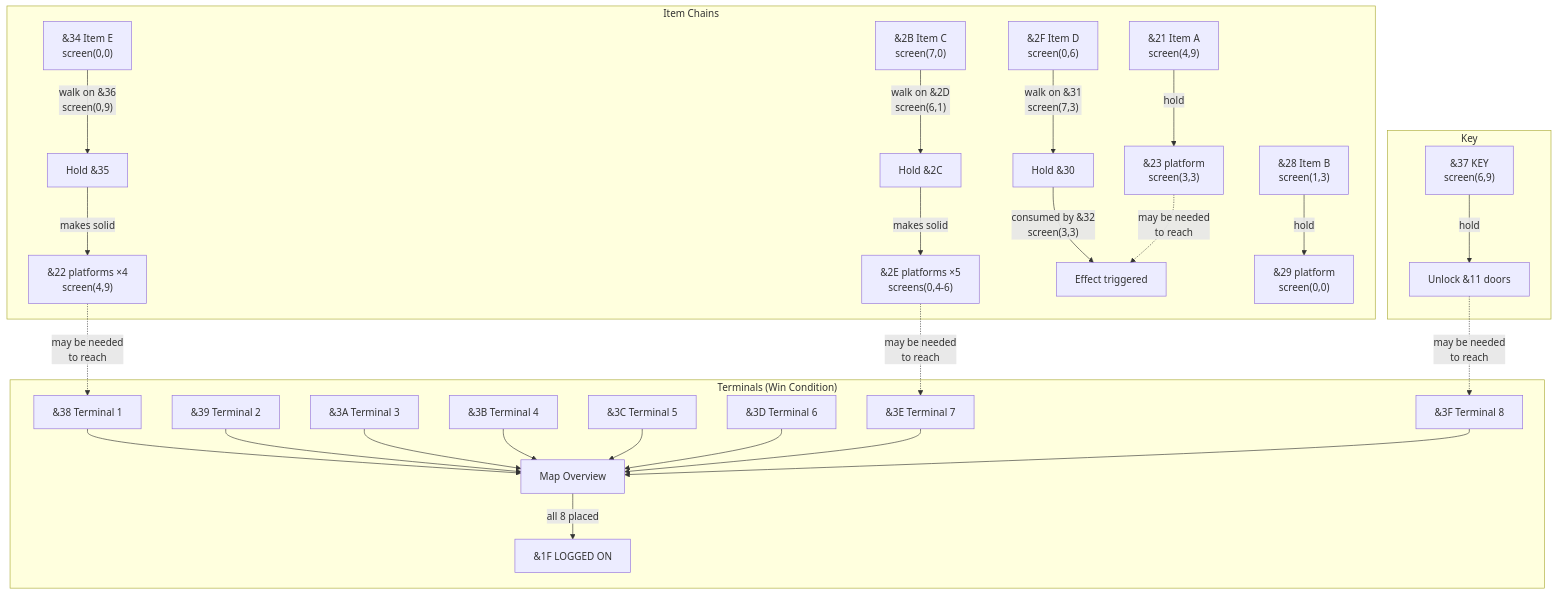
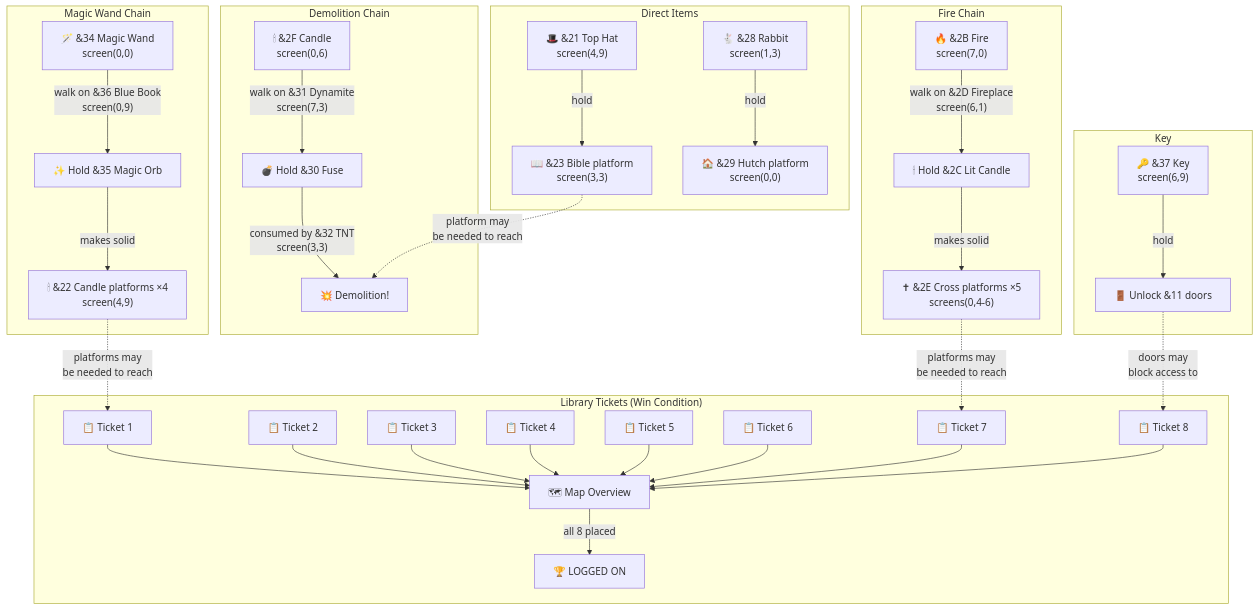
The diagram in LEVEL1_OBJECTS.md (mattgodbolt/frogman), drawn with Mermaid before and after one commit. The commit also changed other lines of this file and 2 other files, not shown here.

````diff
--- a/LEVEL1_OBJECTS.md
+++ b/LEVEL1_OBJECTS.md
@@ -125,44 +172,50 @@
 ```mermaid
 graph TD
-    subgraph "Item Chains"
-        E["&34 Item E<br/>screen(0,0)"]
-        E --> |"walk on &36<br/>screen(0,9)"| E35["Hold &35"]
-        E35 --> |"makes solid"| P22["&22 platforms ×4<br/>screen(4,9)"]
+    subgraph "Magic Wand Chain"
+        WAND["🪄 &34 Magic Wand<br/>screen(0,0)"]
+        WAND --> |"walk on &36 Blue Book<br/>screen(0,9)"| ORB["✨ Hold &35 Magic Orb"]
+        ORB --> |"makes solid"| CANDLES["🕯 &22 Candle platforms ×4<br/>screen(4,9)"]
+    end
 
-        C["&2B Item C<br/>screen(7,0)"]
-        C --> |"walk on &2D<br/>screen(6,1)"| C2C["Hold &2C"]
-        C2C --> |"makes solid"| P2E["&2E platforms ×5<br/>screens(0,4-6)"]
+    subgraph "Fire Chain"
+        FIRE["🔥 &2B Fire<br/>screen(7,0)"]
+        FIRE --> |"walk on &2D Fireplace<br/>screen(6,1)"| LITCANDLE["🕯 Hold &2C Lit Candle"]
+        LITCANDLE --> |"makes solid"| CROSSES["✝ &2E Cross platforms ×5<br/>screens(0,4-6)"]
+    end
 
-        D["&2F Item D<br/>screen(0,6)"]
-        D --> |"walk on &31<br/>screen(7,3)"| D30["Hold &30"]
-        D30 --> |"consumed by &32<br/>screen(3,3)"| DONE["Effect triggered"]
+    subgraph "Demolition Chain"
+        CANDLE["🕯 &2F Candle<br/>screen(0,6)"]
+        CANDLE --> |"walk on &31 Dynamite<br/>screen(7,3)"| FUSE["💣 Hold &30 Fuse"]
+        FUSE --> |"consumed by &32 TNT<br/>screen(3,3)"| BOOM["💥 Demolition!"]
+    end
 
-        A["&21 Item A<br/>screen(4,9)"]
-        A --> |"hold"| P23["&23 platform<br/>screen(3,3)"]
+    subgraph "Direct Items"
+        HAT["🎩 &21 Top Hat<br/>screen(4,9)"]
+        HAT --> |"hold"| BIBLE["📖 &23 Bible platform<br/>screen(3,3)"]
 
-        B["&28 Item B<br/>screen(1,3)"]
-        B --> |"hold"| P29["&29 platform<br/>screen(0,0)"]
+        RABBIT["🐇 &28 Rabbit<br/>screen(1,3)"]
+        RABBIT --> |"hold"| HUTCH["🏠 &29 Hutch platform<br/>screen(0,0)"]
     end
 
     subgraph "Key"
-        KEY["&37 KEY<br/>screen(6,9)"]
-        KEY --> |"hold"| DOORS["Unlock &11 doors"]
+        KEY["🔑 &37 Key<br/>screen(6,9)"]
+        KEY --> |"hold"| DOORS["🚪 Unlock &11 doors"]
     end
 
-    subgraph "Terminals (Win Condition)"
-        T1["&38 Terminal 1"] --> MAP["Map Overview"]
-        T2["&39 Terminal 2"] --> MAP
-        T3["&3A Terminal 3"] --> MAP
-        T4["&3B Terminal 4"] --> MAP
-        T5["&3C Terminal 5"] --> MAP
-        T6["&3D Terminal 6"] --> MAP
-        T7["&3E Terminal 7"] --> MAP
-        T8["&3F Terminal 8"] --> MAP
-        MAP --> |"all 8 placed"| WIN["&1F LOGGED ON"]
+    subgraph "Library Tickets (Win Condition)"
+        T1["📋 Ticket 1"] --> MAP["🗺 Map Overview"]
+        T2["📋 Ticket 2"] --> MAP
+        T3["📋 Ticket 3"] --> MAP
+        T4["📋 Ticket 4"] --> MAP
+        T5["📋 Ticket 5"] --> MAP
+        T6["📋 Ticket 6"] --> MAP
+        T7["📋 Ticket 7"] --> MAP
+        T8["📋 Ticket 8"] --> MAP
+        MAP --> |"all 8 placed"| WIN["🏆 LOGGED ON"]
     end
 
-    P22 -.-> |"may be needed<br/>to reach"| T1
-    P2E -.-> |"may be needed<br/>to reach"| T7
-    P23 -.-> |"may be needed<br/>to reach"| DONE
-    DOORS -.-> |"may be needed<br/>to reach"| T8
+    CANDLES -.-> |"platforms may<br/>be needed to reach"| T1
+    CROSSES -.-> |"platforms may<br/>be needed to reach"| T7
+    BIBLE -.-> |"platform may<br/>be needed to reach"| BOOM
+    DOORS -.-> |"doors may<br/>block access to"| T8
 ```
````
